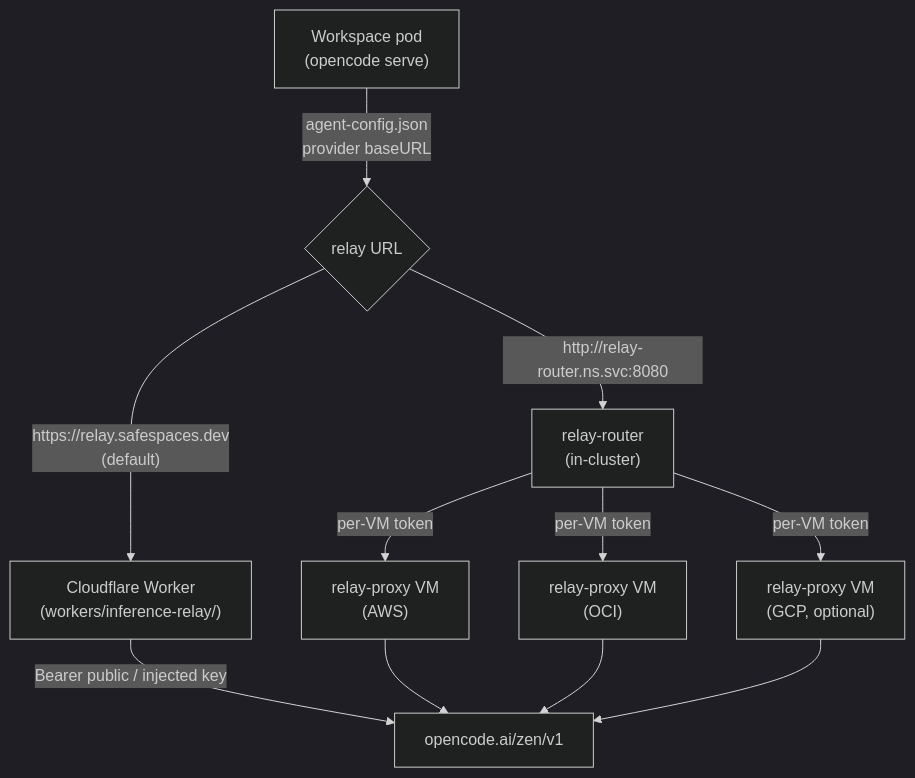
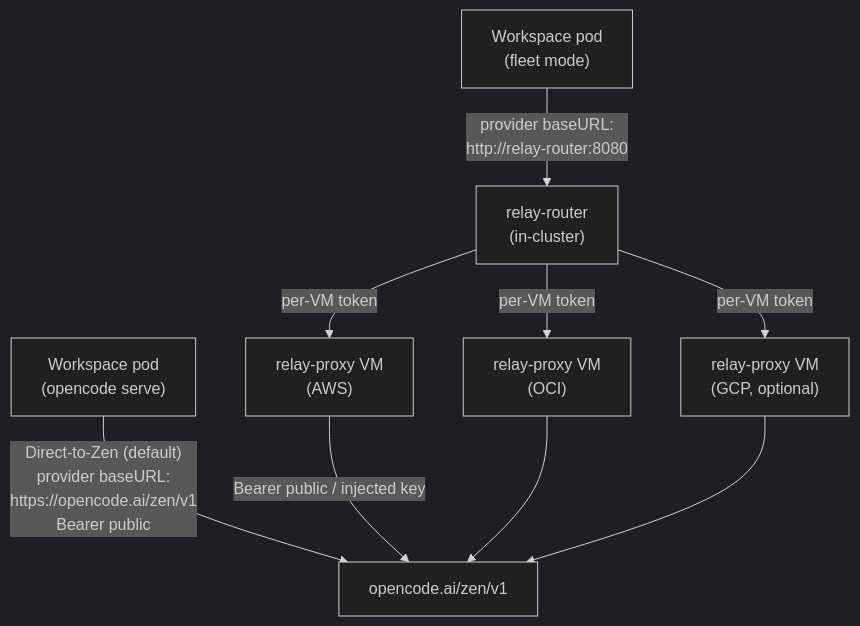
One commit to lenaxia/LLMSafeSpaces changed the diagram in docs/operator/inference-relay.md. Above: the diagram before and after it, drawn with Mermaid (dark theme). The commit also changed other lines of this file and 44 other files, not shown here.

````diff
--- a/docs/operator/inference-relay.md
+++ b/docs/operator/inference-relay.md
@@ -30,13 +37,11 @@
 ```mermaid
 graph TB
-    WS["Workspace pod<br/>(opencode serve)"] -->|"agent-config.json<br/>provider baseURL"| RELAYURL{relay URL}
-    RELAYURL -->|"https://relay.safespaces.dev<br/>(default)"| CF["Cloudflare Worker<br/>(workers/inference-relay/)"]
-    RELAYURL -->|"http://relay-router.ns.svc:8080"| ROUTER["relay-router<br/>(in-cluster)"]
+    WS["Workspace pod<br/>(opencode serve)"] -->|"Direct-to-Zen (default)<br/>provider baseURL:<br/>https://opencode.ai/zen/v1<br/>Bearer public"| UPSTREAM["opencode.ai/zen/v1"]
+    WS2["Workspace pod<br/>(fleet mode)"] -->|"provider baseURL:<br/>http://relay-router:8080"| ROUTER["relay-router<br/>(in-cluster)"]
     ROUTER -->|"per-VM token"| VMAWS["relay-proxy VM<br/>(AWS)"]
     ROUTER -->|"per-VM token"| VMOCI["relay-proxy VM<br/>(OCI)"]
     ROUTER -->|"per-VM token"| VMGCP["relay-proxy VM<br/>(GCP, optional)"]
-    CF -->|"Bearer public / injected key"| UPSTREAM["opencode.ai/zen/v1"]
-    VMAWS --> UPSTREAM
+    VMAWS -->|"Bearer public / injected key"| UPSTREAM
     VMOCI --> UPSTREAM
     VMGCP --> UPSTREAM
 ```
````
